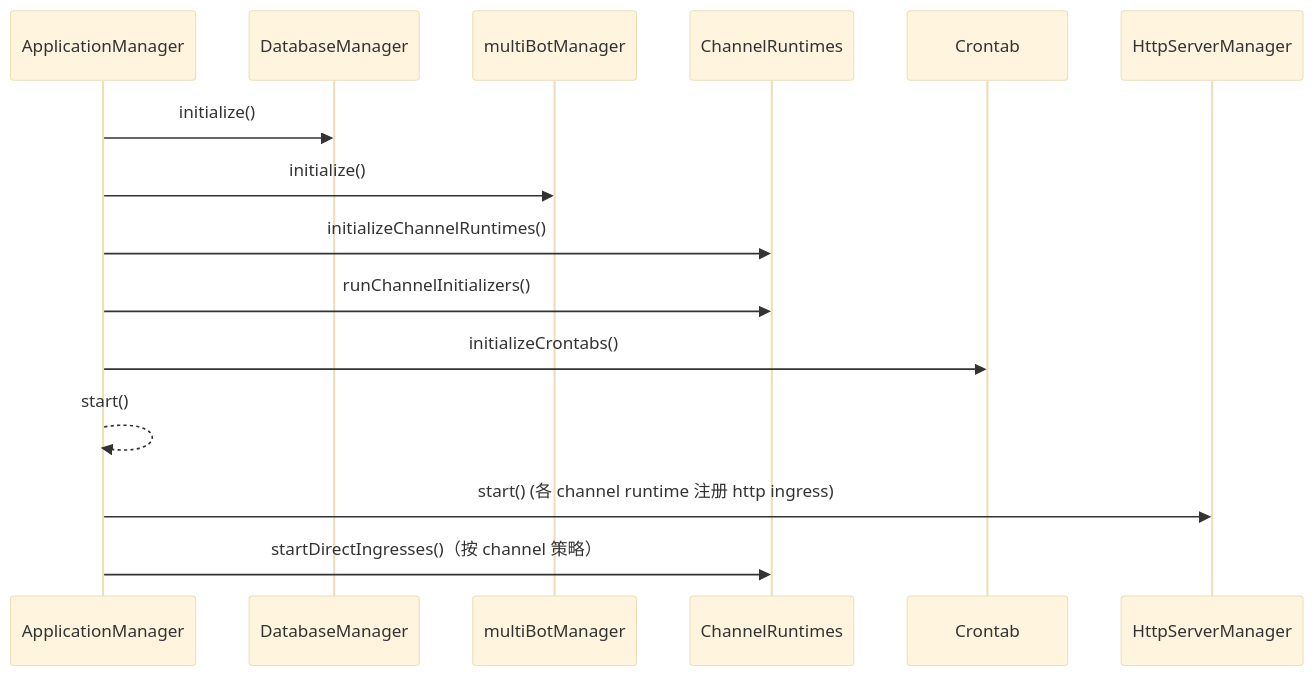
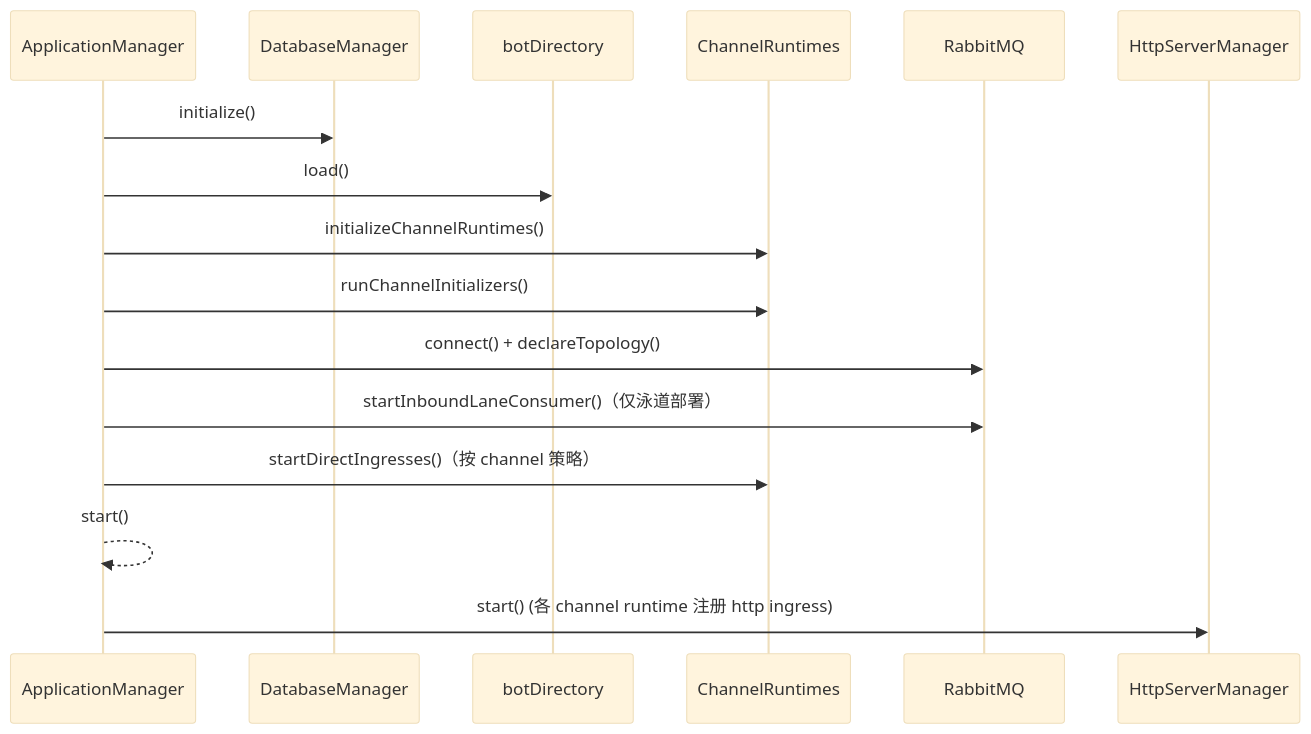
Before and after one commit to bezhai/chiwei-platform: the diagram in apps/channel-server/src/startup/README.md, drawn with Mermaid (base theme). The commit also changed other lines of this file and 203 other files, not shown here.

````diff
--- a/apps/channel-server/src/startup/README.md
+++ b/apps/channel-server/src/startup/README.md
@@ -17,18 +17,19 @@
 ```mermaid
 sequenceDiagram
   participant App as ApplicationManager
   participant DB as DatabaseManager
-  participant MBot as multiBotManager
+  participant Bot as botDirectory
   participant Runtime as ChannelRuntimes
-  participant Cron as Crontab
+  participant MQ as RabbitMQ
   participant HTTP as HttpServerManager
 
   App->>DB: initialize()
-  App->>MBot: initialize()
+  App->>Bot: load()
   App->>Runtime: initializeChannelRuntimes()
   App->>Runtime: runChannelInitializers()
-  App->>Cron: initializeCrontabs()
+  App->>MQ: connect() + declareTopology()
+  App->>MQ: startInboundLaneConsumer()（仅泳道部署）
+  App->>Runtime: startDirectIngresses()（按 channel 策略）
   App-->>App: start()
   App->>HTTP: start() (各 channel runtime 注册 http ingress)
-  App->>Runtime: startDirectIngresses()（按 channel 策略）
 ```
````
